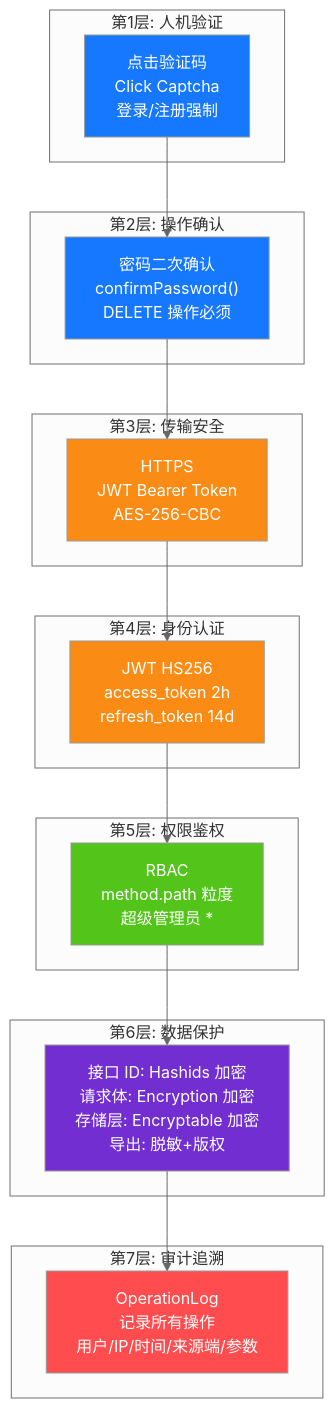
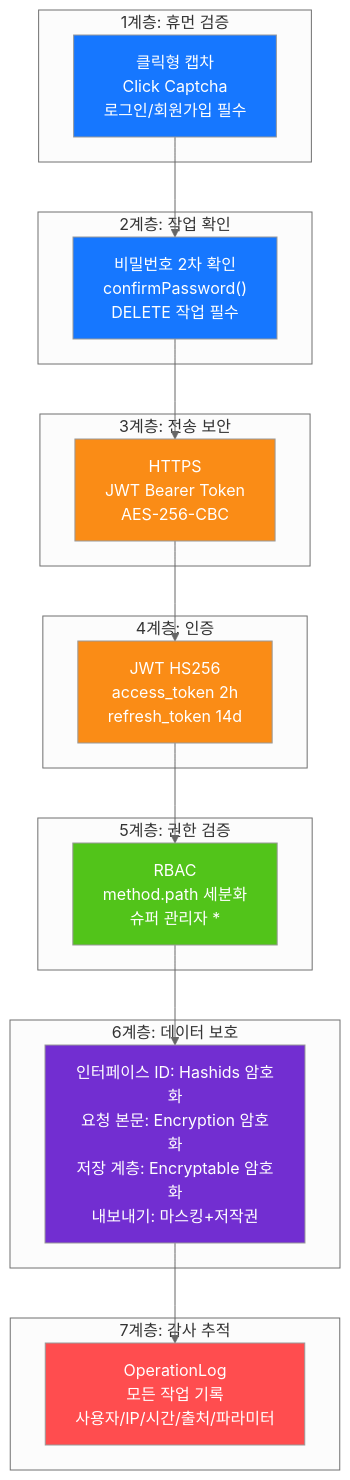
One commit to erikwang2013/game-platform-php changed diagram 13 of 14 in admin/docs/ARCHITECTURE.ko.md. Above: the diagram before and after it, drawn with Mermaid (neutral theme). The commit also changed other lines of this file and 211 other files, not shown here.

First line of the commit message:
fix: 支付配置读回类型根治、提现事件对账巡检，12 语族 mermaid 与 API 标签本地化

````diff
--- a/admin/docs/ARCHITECTURE.ko.md
+++ b/admin/docs/ARCHITECTURE.ko.md
@@ -602,40 +602,40 @@
 ```mermaid
 flowchart TB
-    subgraph "第1层: 人机验证"
-        L1["点击验证码<br/>Click Captcha<br/>登录/注册强制"]
+    subgraph "1계층: 휴먼 검증"
+        L1["클릭형 캡차<br/>Click Captcha<br/>로그인/회원가입 필수"]
     end
 
-    subgraph "第2层: 操作确认"
-        L2["密码二次确认<br/>confirmPassword()<br/>DELETE 操作必须"]
+    subgraph "2계층: 작업 확인"
+        L2["비밀번호 2차 확인<br/>confirmPassword()<br/>DELETE 작업 필수"]
     end
 
-    subgraph "第3层: 传输安全"
+    subgraph "3계층: 전송 보안"
         L3["HTTPS<br/>JWT Bearer Token<br/>AES-256-CBC"]
     end
 
-    subgraph "第4层: 身份认证"
+    subgraph "4계층: 인증"
         L4["JWT HS256<br/>access_token 2h<br/>refresh_token 14d"]
     end
 
-    subgraph "第5层: 权限鉴权"
-        L5["RBAC<br/>method.path 粒度<br/>超级管理员 * "]
+    subgraph "5계층: 권한 검증"
+        L5["RBAC<br/>method.path 세분화<br/>슈퍼 관리자 * "]
     end
 
-    subgraph "第6层: 数据保护"
-        L6["接口 ID: Hashids 加密<br/>请求体: Encryption 加密<br/>存储层: Encryptable 加密<br/>导出: 脱敏+版权"]
+    subgraph "6계층: 데이터 보호"
+        L6["인터페이스 ID: Hashids 암호화<br/>요청 본문: Encryption 암호화<br/>저장 계층: Encryptable 암호화<br/>내보내기: 마스킹+저작권"]
     end
 
-    subgraph "第7层: 审计追溯"
-        L7["OperationLog<br/>记录所有操作<br/>用户/IP/时间/来源端/参数"]
+    subgraph "7계층: 감사 추적"
+        L7["OperationLog<br/>모든 작업 기록<br/>사용자/IP/시간/출처/파라미터"]
     end
 
     L1 --> L2 --> L3 --> L4 --> L5 --> L6 --> L7
 
     style L1 fill:#1677FF,color:#fff
     style L2 fill:#1677FF,color:#fff
     style L3 fill:#FA8C16,color:#fff
     style L4 fill:#FA8C16,color:#fff
     style L5 fill:#52C41A,color:#fff
     style L6 fill:#722ED1,color:#fff
     style L7 fill:#FF4D4F,color:#fff
 ```
````
